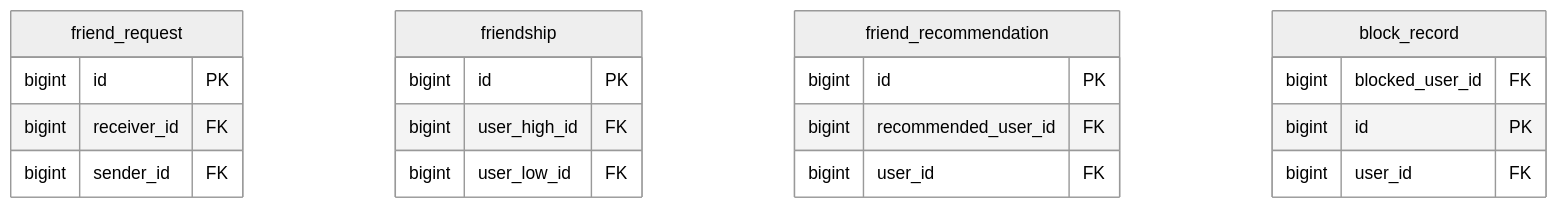
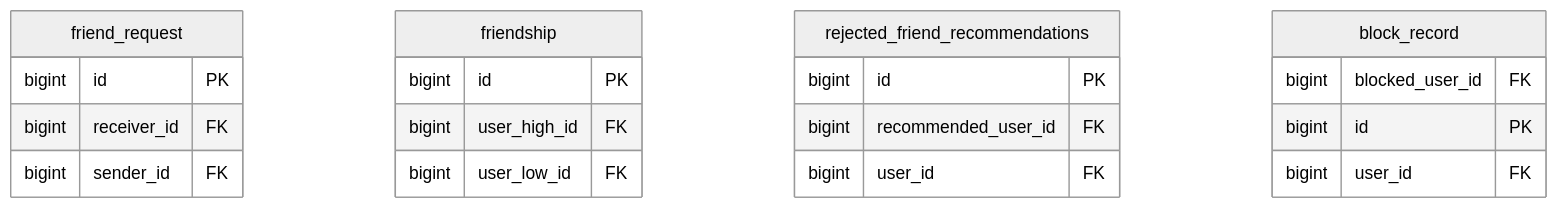
Before and after one commit to hyungmin0629/ping-v2: the fourth of 9 diagrams in docs/erd.md, drawn with Mermaid (neutral theme). The commit also changed other lines of this file and 20 other files, not shown here.

````diff
--- a/docs/erd.md
+++ b/docs/erd.md
@@ -224,23 +222,23 @@
 ```mermaid
 erDiagram
     friend_request {
         bigint id PK
         bigint receiver_id FK
         bigint sender_id FK
     }
     friendship {
         bigint id PK
         bigint user_high_id FK
         bigint user_low_id FK
     }
-    friend_recommendation {
+    rejected_friend_recommendations {
         bigint id PK
         bigint recommended_user_id FK
         bigint user_id FK
     }
     block_record {
         bigint blocked_user_id FK
         bigint id PK
         bigint user_id FK
     }
 ```
````
